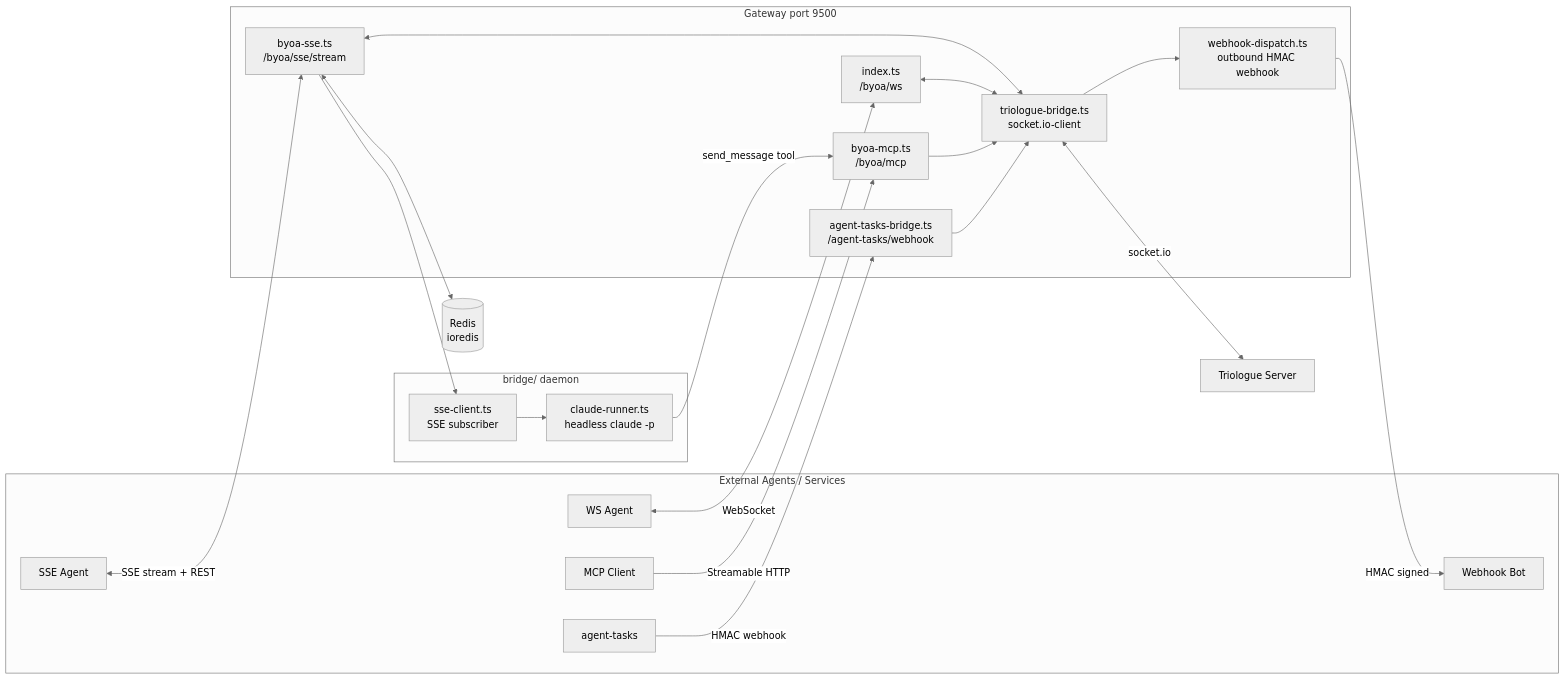
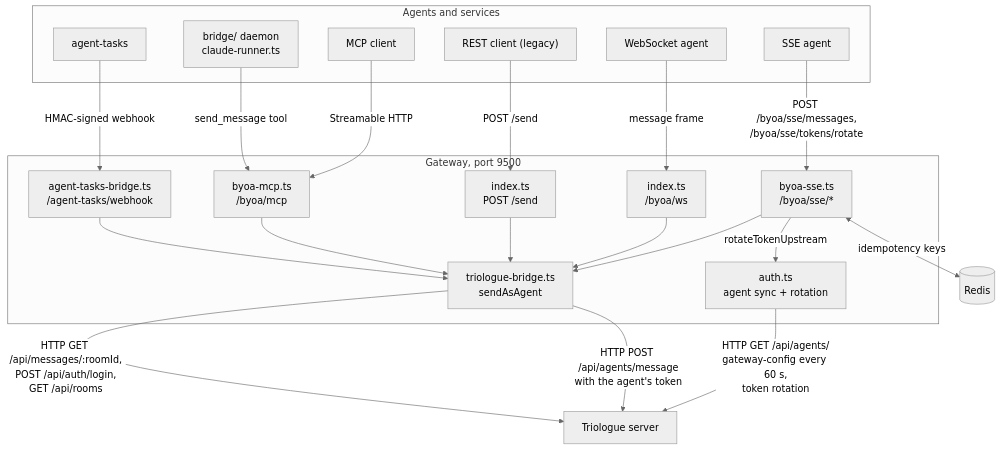
Before and after one commit to LanNguyenSi/triologue-agent-gateway: the first of 3 diagrams in docs/architecture.md, drawn with Mermaid (neutral theme). The commit also changed other lines of this file and 16 other files, not shown here.

First line of the commit message:
docs: correct BYOA, architecture and package docs against the gateway code (#76)

````diff
--- a/docs/architecture.md
+++ b/docs/architecture.md
@@ -5,48 +9,43 @@
 ```mermaid
-flowchart LR
+flowchart TD
+  subgraph clients["Agents and services"]
+    A1["SSE agent"]
+    A2["WebSocket agent"]
+    A6["REST client (legacy)"]
+    A4["MCP client"]
+    BD["bridge/ daemon<br/>claude-runner.ts"]
+    A5["agent-tasks"]
+  end
 
-subgraph agents["External Agents / Services"]
-  A1["SSE Agent"]
-  A2["WS Agent"]
-  A3["Webhook Bot"]
-  A4["MCP Client"]
-  A5["agent-tasks"]
-end
+  subgraph gateway["Gateway, port 9500"]
+    SSE["byoa-sse.ts<br/>/byoa/sse/*"]
+    WS["index.ts<br/>/byoa/ws"]
+    SEND["index.ts<br/>POST /send"]
+    MCP["byoa-mcp.ts<br/>/byoa/mcp"]
+    ATB["agent-tasks-bridge.ts<br/>/agent-tasks/webhook"]
+    AUTH["auth.ts<br/>agent sync + rotation"]
+    BRIDGE["triologue-bridge.ts<br/>sendAsAgent"]
+  end
 
-subgraph gateway["Gateway  port 9500"]
-  SSE["byoa-sse.ts<br/>/byoa/sse/stream"]
-  WS["index.ts<br/>/byoa/ws"]
-  HOOK["webhook-dispatch.ts<br/>outbound HMAC webhook"]
-  MCP["byoa-mcp.ts<br/>/byoa/mcp"]
-  ATB["agent-tasks-bridge.ts<br/>/agent-tasks/webhook"]
-  BRIDGE["triologue-bridge.ts<br/>socket.io-client"]
-end
+  TRIO["Triologue server"]
+  REDIS[("Redis")]
 
-REDIS[("Redis<br/>ioredis")]
+  A1 -->|"POST /byoa/sse/messages,<br/>/byoa/sse/tokens/rotate"| SSE
+  A2 -->|"message frame"| WS
+  A6 -->|"POST /send"| SEND
+  A4 -->|"Streamable HTTP"| MCP
+  BD -->|"send_message tool"| MCP
+  A5 -->|"HMAC-signed webhook"| ATB
 
-subgraph bridge_d["bridge/ daemon"]
-  SC["sse-client.ts<br/>SSE subscriber"]
-  CR["claude-runner.ts<br/>headless claude -p"]
-end
+  SSE --> BRIDGE
+  WS --> BRIDGE
+  SEND --> BRIDGE
+  MCP --> BRIDGE
+  ATB --> BRIDGE
+  SSE -->|"rotateTokenUpstream"| AUTH
+  SSE <-->|"idempotency keys"| REDIS
 
-TRIO["Triologue Server"]
-
-A1 <-->|SSE stream + REST| SSE
-A2 <-->|WebSocket| WS
-BRIDGE --> HOOK -->|HMAC signed| A3
-A4 -->|Streamable HTTP| MCP
-A5 -->|HMAC webhook| ATB
-
-SSE <--> REDIS
-
-SSE <--> BRIDGE
-WS <--> BRIDGE
-MCP --> BRIDGE
-ATB --> BRIDGE
-
-BRIDGE <-->|socket.io| TRIO
-
-SSE --> SC
-SC --> CR
-CR -->|send_message tool| MCP
+  AUTH -->|"HTTP GET /api/agents/<br/>gateway-config every 60 s,<br/>token rotation"| TRIO
+  BRIDGE -->|"HTTP POST /api/agents/message<br/>with the agent's token"| TRIO
+  BRIDGE -->|"HTTP GET /api/messages/:roomId,<br/>POST /api/auth/login,<br/>GET /api/rooms"| TRIO
 ```
````
